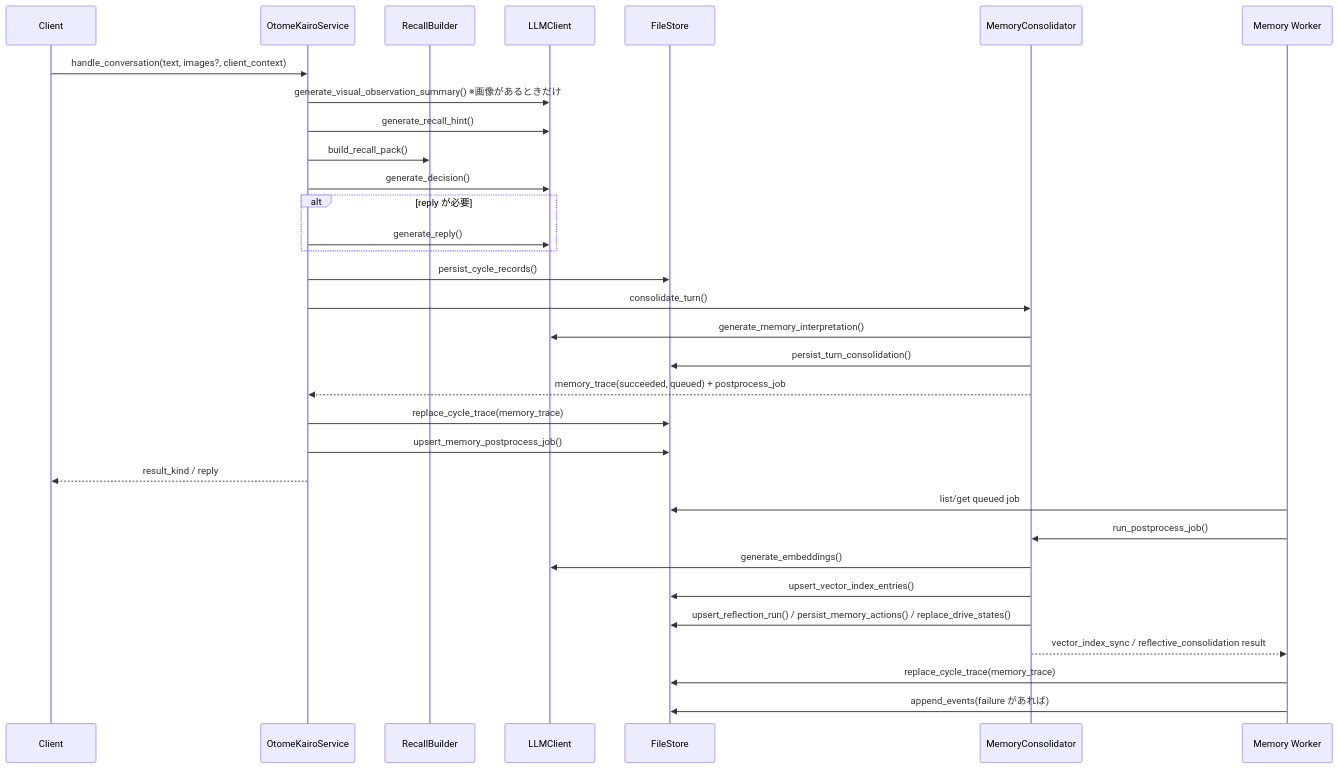
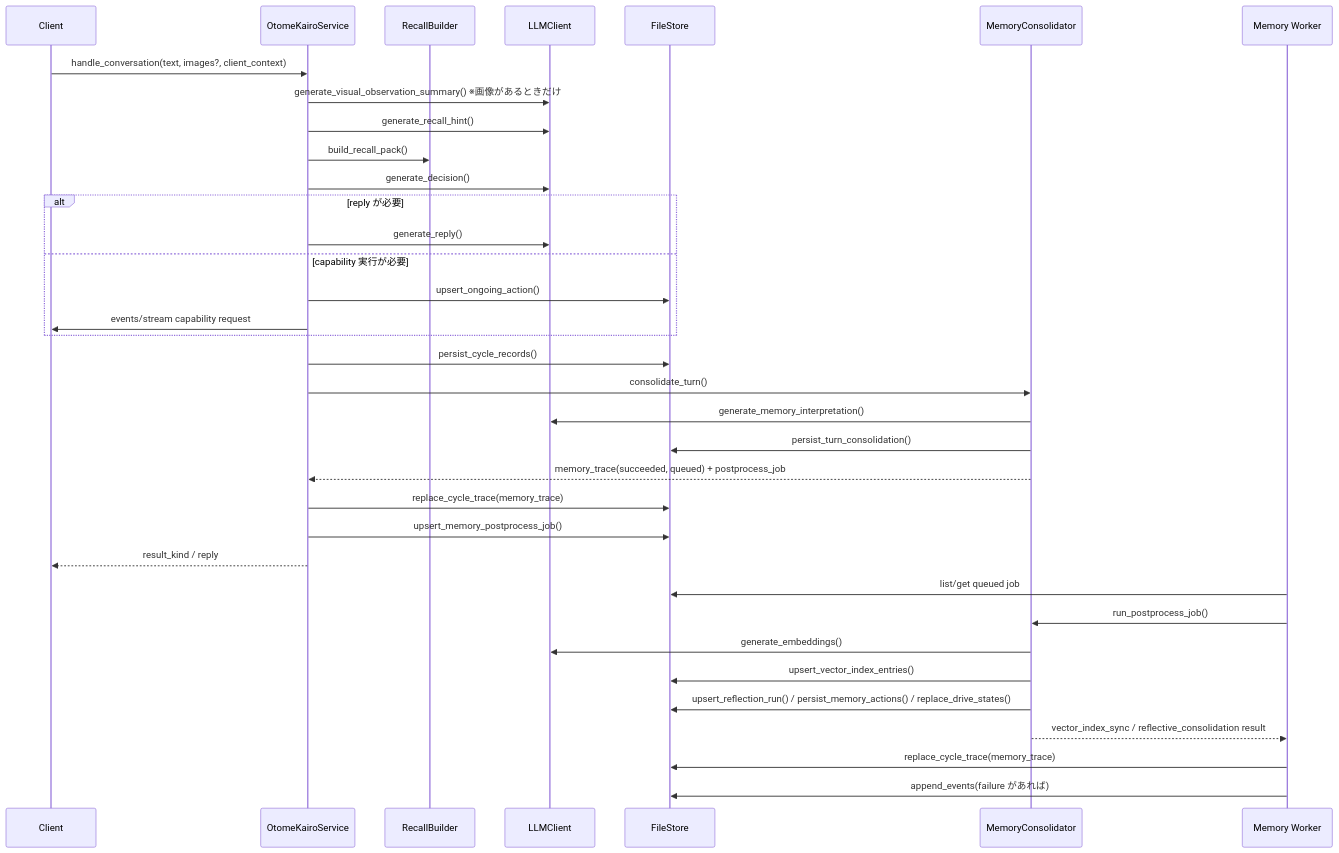
One commit to hirona98/OtomeKairo changed the fourth of 4 diagrams in docs/plan/02_現行処理フロー.md. Above: the diagram before and after it, drawn with Mermaid. The commit also changed other lines of this file and 13 other files, not shown here.

````diff
--- a/docs/plan/02_現行処理フロー.md
+++ b/docs/plan/02_現行処理フロー.md
@@ -167,36 +169,39 @@
 ```mermaid
 sequenceDiagram
     participant Client as Client
     participant Service as OtomeKairoService
     participant Recall as RecallBuilder
     participant LLM as LLMClient
     participant Store as FileStore
     participant Memory as MemoryConsolidator
     participant Worker as Memory Worker
 
     Client->>Service: handle_conversation(text, images?, client_context)
     Service->>LLM: generate_visual_observation_summary() ※画像があるときだけ
     Service->>LLM: generate_recall_hint()
     Service->>Recall: build_recall_pack()
     Service->>LLM: generate_decision()
     alt reply が必要
         Service->>LLM: generate_reply()
+    else capability 実行が必要
+        Service->>Store: upsert_ongoing_action()
+        Service->>Client: events/stream capability request
     end
     Service->>Store: persist_cycle_records()
     Service->>Memory: consolidate_turn()
     Memory->>LLM: generate_memory_interpretation()
     Memory->>Store: persist_turn_consolidation()
     Memory-->>Service: memory_trace(succeeded, queued) + postprocess_job
     Service->>Store: replace_cycle_trace(memory_trace)
     Service->>Store: upsert_memory_postprocess_job()
     Service-->>Client: result_kind / reply
 
     Worker->>Store: list/get queued job
     Worker->>Memory: run_postprocess_job()
     Memory->>LLM: generate_embeddings()
     Memory->>Store: upsert_vector_index_entries()
     Memory->>Store: upsert_reflection_run() / persist_memory_actions() / replace_drive_states()
     Memory-->>Worker: vector_index_sync / reflective_consolidation result
     Worker->>Store: replace_cycle_trace(memory_trace)
     Worker->>Store: append_events(failure があれば)
 ```
````
